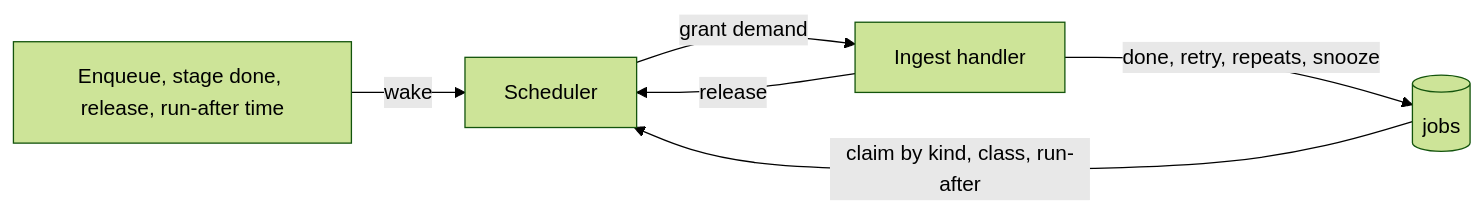
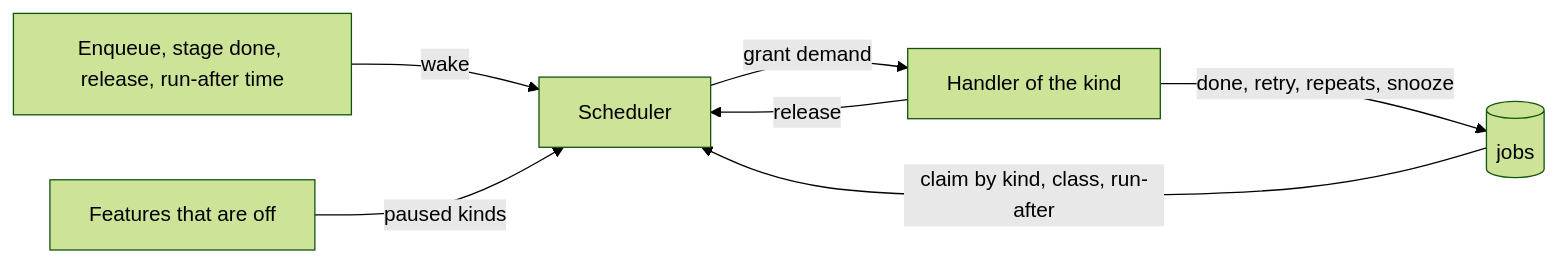
The first of 2 diagrams in docs/design-docs/job-scheduling.md (syudead/vv), drawn with Mermaid (forest theme) before and after one commit. The commit also changed other lines of this file and 28 other files, not shown here.

````diff
--- a/docs/design-docs/job-scheduling.md
+++ b/docs/design-docs/job-scheduling.md
@@ -8,8 +9,9 @@
 ```mermaid
 flowchart LR
   ev[Enqueue, stage done, release, run-after time] -->|wake| sch[Scheduler]
   jobs[(jobs)] -->|claim by kind, class, run-after| sch
-  sch -->|grant demand| run[Ingest handler]
+  paused[Features that are off] -->|paused kinds| sch
+  sch -->|grant demand| run[Handler of the kind]
   run -->|done, retry, repeats, snooze| jobs
   run -->|release| sch
 ```
````
